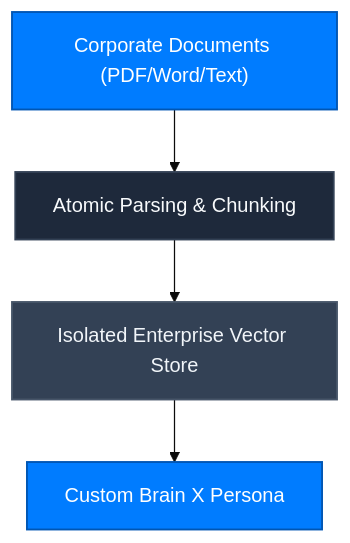
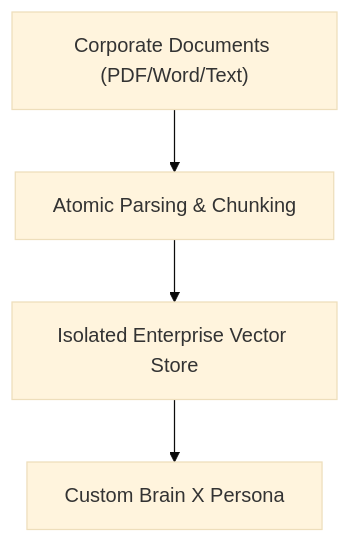
One commit to Connex-Brothers-Consulting-Group/cbcg-hs-connex-docs changed the diagram in guide/brains/manual.mdx. Above: the diagram before and after it, drawn with Mermaid (base theme). The commit also changed 24 other files, not shown here.

Commit message:
fix(docs): restore Lucide card icons, enforce transparent Mermaid line-art, add Cryptographic Kill Switch, and refine quiet luxury banner

````diff
--- a/guide/brains/manual.mdx
+++ b/guide/brains/manual.mdx
@@ -9,10 +9,6 @@
 ```mermaid
 graph TD
-    classDef primary fill:#007CFF,stroke:#0056B3,stroke-width:1.5px,color:#FFFFFF;
-    classDef enterprise fill:#1E293B,stroke:#334155,stroke-width:1.5px,color:#F8FAFC;
-    classDef storage fill:#334155,stroke:#475569,stroke-width:1.5px,color:#F1F5F9;
-
-    Doc["Corporate Documents (PDF/Word/Text)"]:::primary --> Parse["Atomic Parsing & Chunking"]:::enterprise
-    Parse --> Vec["Isolated Enterprise Vector Store"]:::storage
-    Vec --> Brain["Custom Brain X Persona"]:::primary
+Doc["Corporate Documents (PDF/Word/Text)"] --> Parse["Atomic Parsing & Chunking"]
+    Parse --> Vec["Isolated Enterprise Vector Store"]
+    Vec --> Brain["Custom Brain X Persona"]
 ```
````
